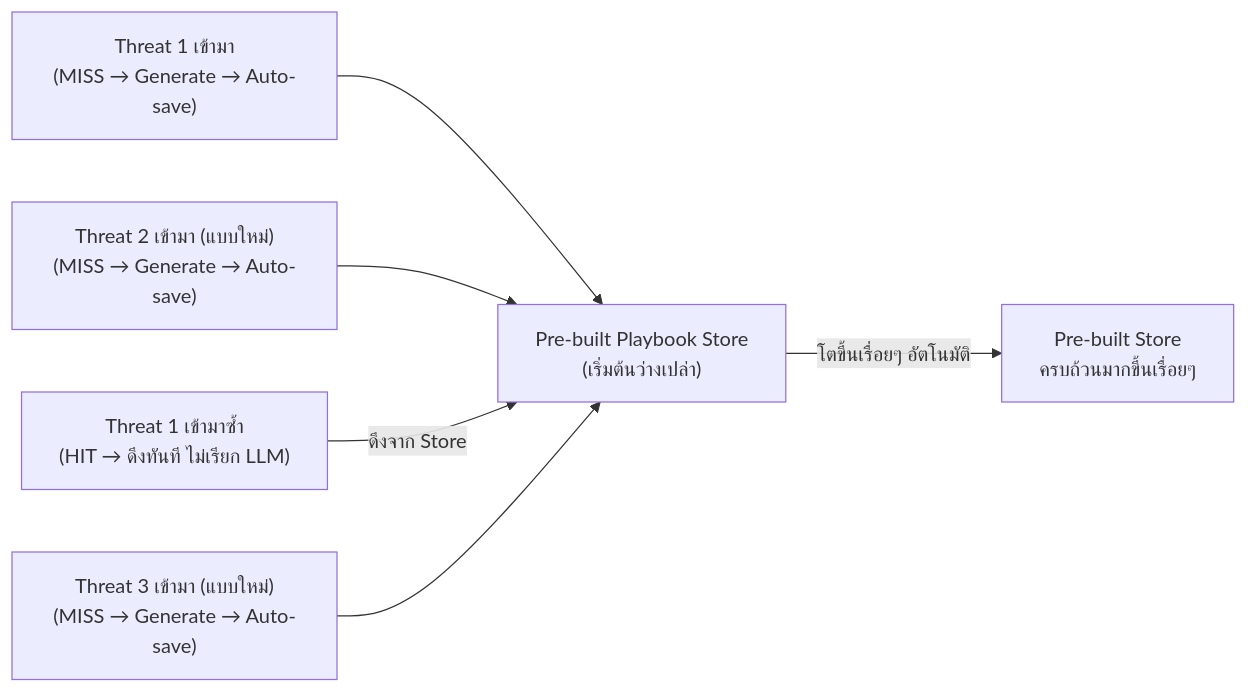
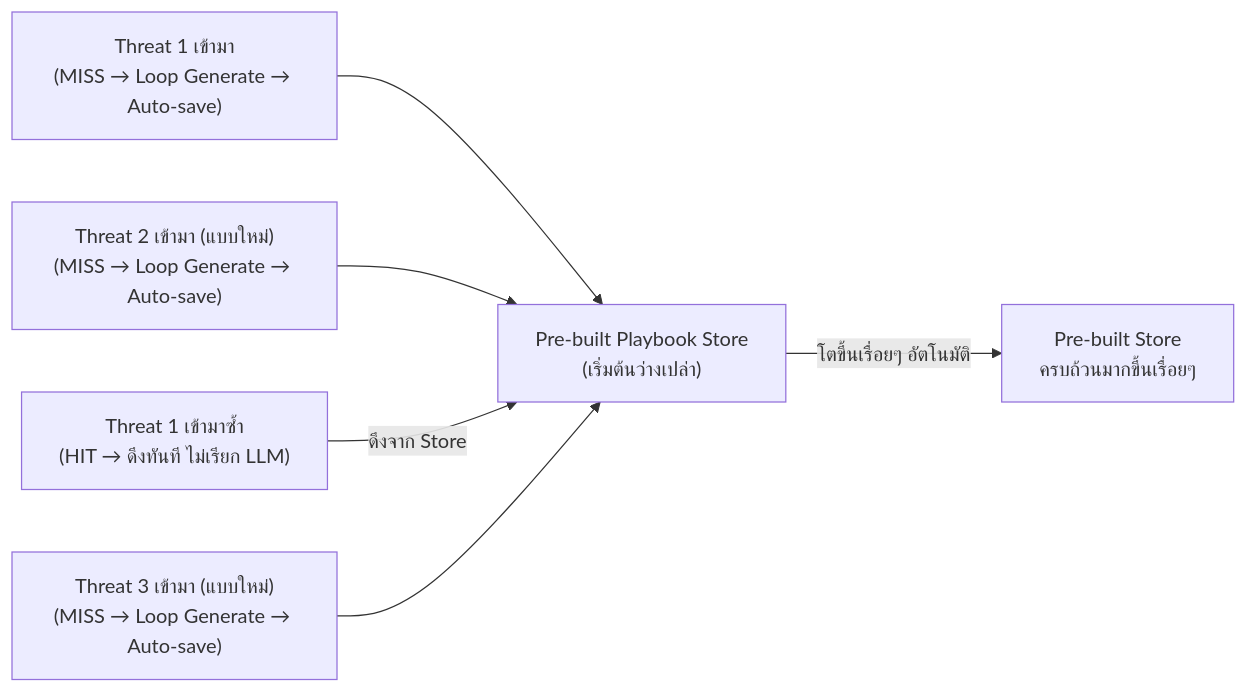
One commit to Chaithawatcer/omnissiah-playbook-workflow changed the tenth of 10 diagrams in architecture.md. Above: the diagram before and after it, drawn with Mermaid. The commit also changed other lines of this file, not shown here.

Commit message:
Major architecture overhaul: Per-Section Generation Loop, Slot Architecture, Metadata-filtered RAG, Development Roadmap

````diff
--- a/architecture.md
+++ b/architecture.md
@@ -248,8 +411,8 @@
 ```mermaid
 graph LR
-    A["Threat 1 เข้ามา\n(MISS → Generate → Auto-save)"] --> store["Pre-built Playbook Store\n(เริ่มต้นว่างเปล่า)"]
-    B["Threat 2 เข้ามา (แบบใหม่)\n(MISS → Generate → Auto-save)"] --> store
+    A["Threat 1 เข้ามา\n(MISS → Loop Generate → Auto-save)"] --> store["Pre-built Playbook Store\n(เริ่มต้นว่างเปล่า)"]
+    B["Threat 2 เข้ามา (แบบใหม่)\n(MISS → Loop Generate → Auto-save)"] --> store
     C["Threat 1 เข้ามาซ้ำ\n(HIT → ดึงทันที ไม่เรียก LLM)"] -- "ดึงจาก Store" --> store
-    D["Threat 3 เข้ามา (แบบใหม่)\n(MISS → Generate → Auto-save)"] --> store
+    D["Threat 3 เข้ามา (แบบใหม่)\n(MISS → Loop Generate → Auto-save)"] --> store
     store -- "โตขึ้นเรื่อยๆ อัตโนมัติ" --> bigstore["Pre-built Store\nครบถ้วนมากขึ้นเรื่อยๆ"]
 ```
````
